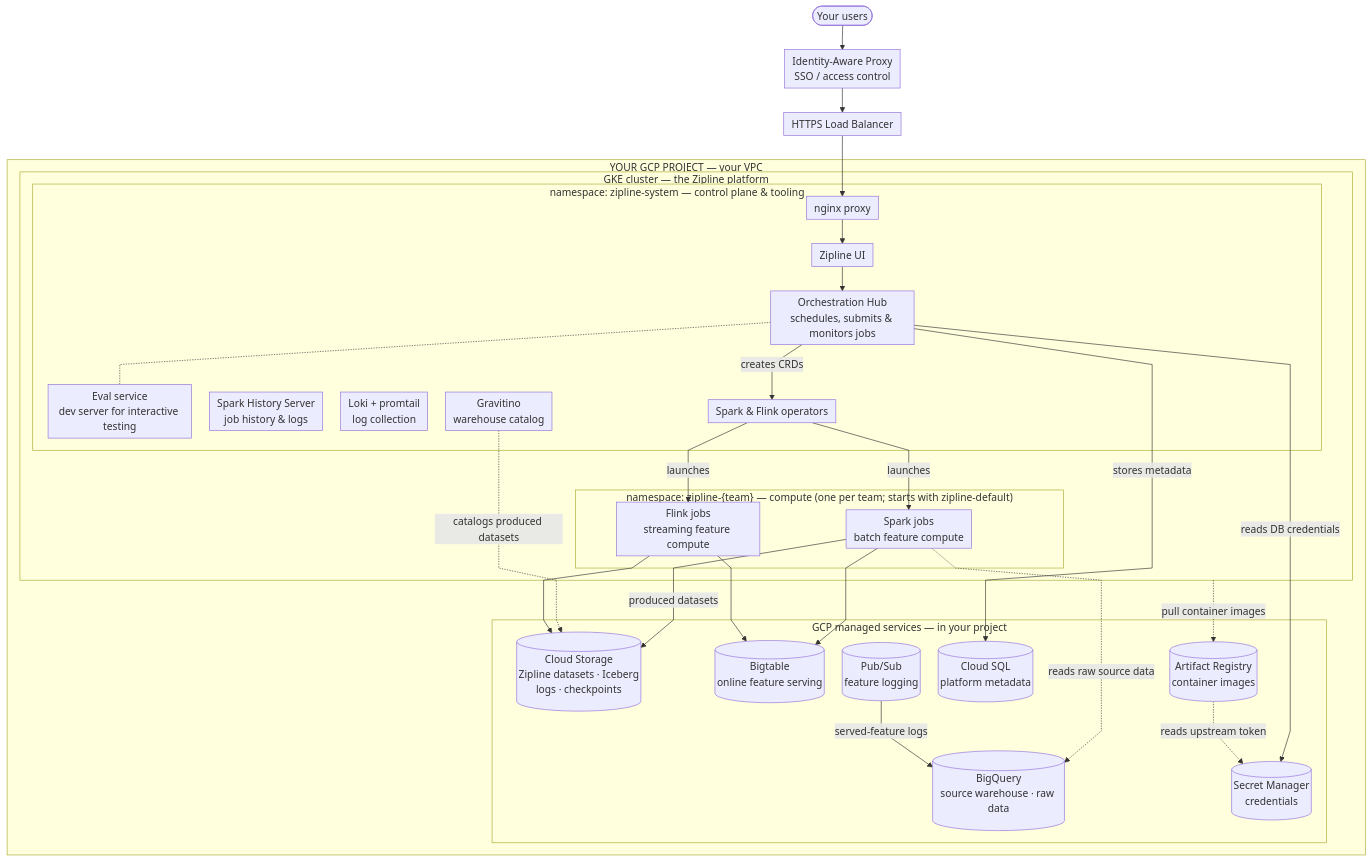
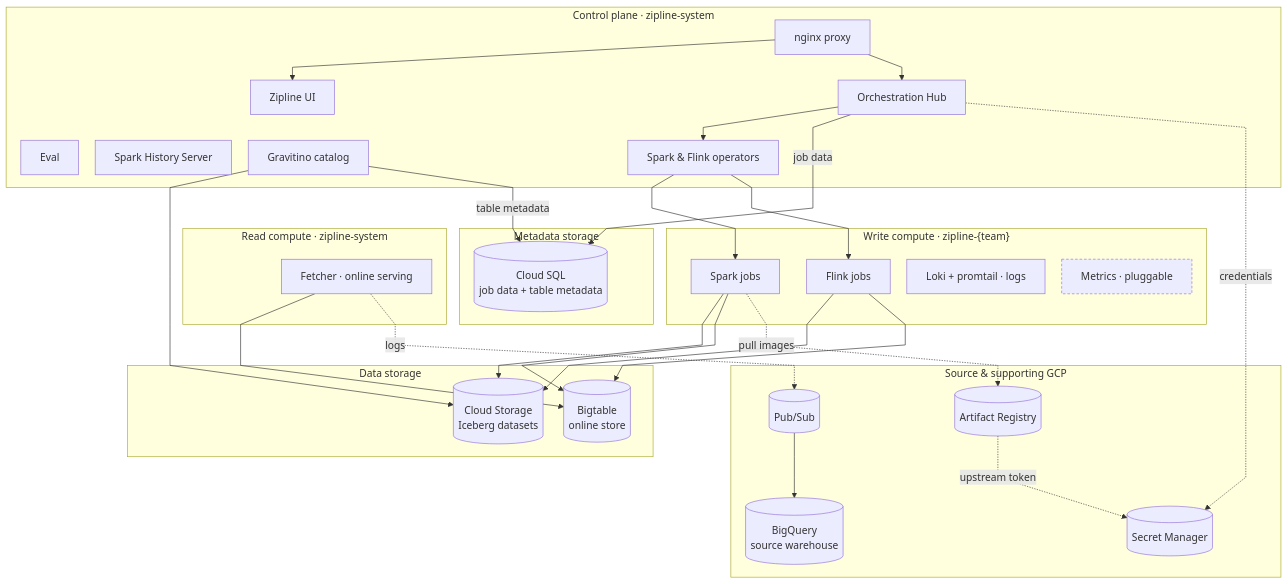
One commit to zipline-ai/infra-gcp-prod changed the first of 2 diagrams in docs/architecture-gcp.md. Above: the diagram before and after it, drawn with Mermaid. The commit also changed other lines of this file, not shown here.

First line of the commit message:
docs: reorganize into functional layers + split into two diagrams

````diff
--- a/docs/architecture-gcp.md
+++ b/docs/architecture-gcp.md
@@ -33,59 +28,61 @@
 ```mermaid
-%%{init: {'flowchart': {'curve': 'linear', 'nodeSpacing': 28, 'rankSpacing': 38, 'padding': 6}}}%%
+%%{init: {'flowchart': {'curve': 'linear', 'nodeSpacing': 26, 'rankSpacing': 40}}}%%
 flowchart TB
-  users([Your users])
-  iap[Identity-Aware Proxy<br/>SSO / access control]
-  lb[HTTPS Load Balancer]
-  users --> iap --> lb
-
-  subgraph project["YOUR GCP PROJECT — your VPC"]
-    subgraph GKE["GKE cluster — the Zipline platform"]
-      subgraph sys["namespace: zipline-system — control plane & tooling"]
-        nginx[nginx proxy]
-        ui[Zipline UI]
-        hub[Orchestration Hub<br/>schedules, submits & monitors jobs]
-        eval[Eval service<br/>dev server for interactive testing]
-        shs[Spark History Server<br/>job history & logs]
-        logs[Loki + promtail<br/>log collection]
-        ops[Spark & Flink operators]
-        grav[Gravitino<br/>warehouse catalog]
-      end
-      subgraph compute["namespace: zipline-{team} — compute (one per team; starts with zipline-default)"]
-        spark[Spark jobs<br/>batch feature compute]
-        flink[Flink jobs<br/>streaming feature compute]
-      end
-    end
-
-    subgraph gcp["GCP managed services — in your project"]
-      gcs[(Cloud Storage<br/>Zipline datasets · Iceberg<br/>logs · checkpoints)]
-      bq[(BigQuery<br/>source warehouse · raw data)]
-      bt[(Bigtable<br/>online feature serving)]
-      ps[(Pub/Sub<br/>feature logging)]
-      sql[(Cloud SQL<br/>platform metadata)]
-      ar[(Artifact Registry<br/>container images)]
-      sm[(Secret Manager<br/>credentials)]
-    end
+  subgraph cp["Control plane · zipline-system"]
+    nginx[nginx proxy]
+    ui[Zipline UI]
+    hub[Orchestration Hub]
+    eval[Eval]
+    shs[Spark History Server]
+    grav[Gravitino catalog]
+    ops[Spark & Flink operators]
   end
 
-  lb --> nginx
-  nginx --> ui --> hub
-  hub -.- eval
-  hub -->|creates CRDs| ops
-  ops -->|launches| spark
-  ops -->|launches| flink
+  subgraph wc["Write compute · zipline-{team}"]
+    spark[Spark jobs]
+    flink[Flink jobs]
+    loki[Loki + promtail · logs]
+    metrics[Metrics · pluggable]:::pluggable
+  end
 
-  %% platform data & credentials
-  hub -->|stores metadata| sql
-  hub -->|reads DB credentials| sm
-  GKE -. pull container images .-> ar
-  ar -. reads upstream token .-> sm
+  subgraph rc["Read compute · zipline-system"]
+    fetcher[Fetcher · online serving]
+  end
 
-  %% compute data flows
-  spark -. reads raw source data .-> bq
-  spark -->|produced datasets| gcs
-  grav -. catalogs produced datasets .-> gcs
+  subgraph ds["Data storage"]
+    gcs[(Cloud Storage<br/>Iceberg datasets)]
+    bt[(Bigtable<br/>online store)]
+  end
+
+  subgraph ms["Metadata storage"]
+    sql[(Cloud SQL<br/>job data + table metadata)]
+  end
+
+  subgraph ext["Source & supporting GCP"]
+    bq[(BigQuery<br/>source warehouse)]
+    ps[(Pub/Sub)]
+    ar[(Artifact Registry)]
+    sm[(Secret Manager)]
+  end
+
+  nginx --> ui
+  nginx --> hub
+  hub --> ops
+  ops --> spark
+  ops --> flink
+  spark --> gcs
+  flink --> gcs
   spark --> bt
-  flink --> gcs
   flink --> bt
-  ps -->|served-feature logs| bq
+  grav --> gcs
+  fetcher --> bt
+  hub -->|job data| sql
+  grav -->|table metadata| sql
+  fetcher -. logs .-> ps
+  ps --> bq
+  spark -. pull images .-> ar
+  hub -. credentials .-> sm
+  ar -. upstream token .-> sm
+
+  classDef pluggable stroke-dasharray:4 3;
 ```
````
